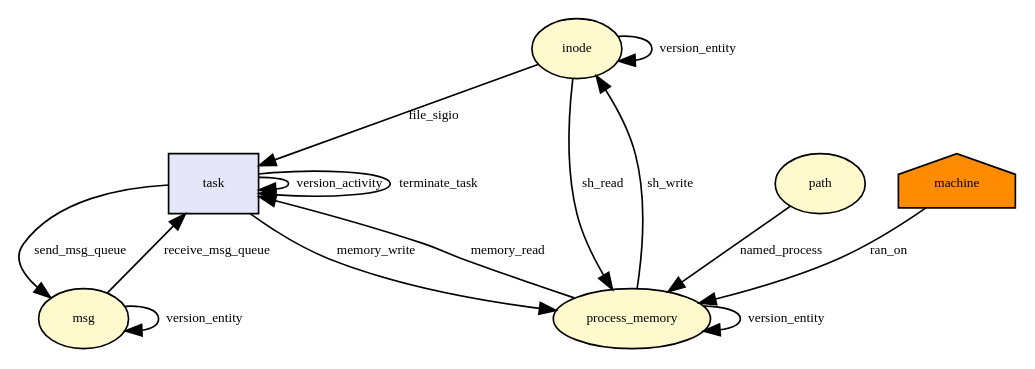
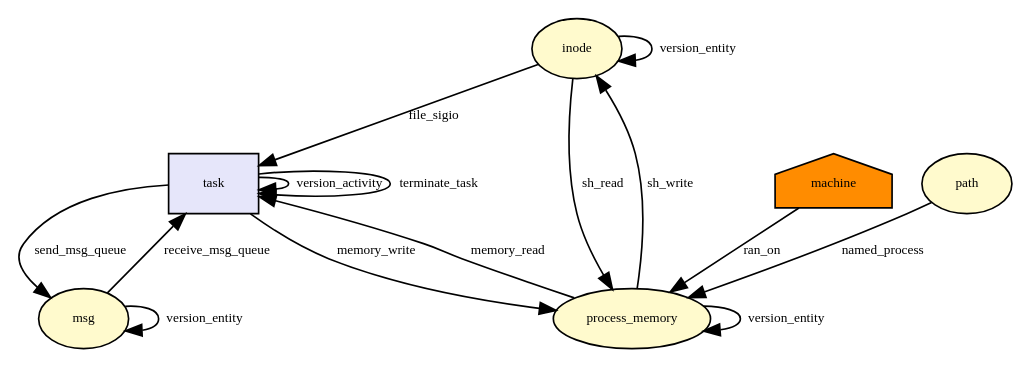
One commit to CamFlow/camflow-dev changed the diagram in docs/dot/__x64_sys_msgsnd.dot. Above: the diagram before and after it, drawn with Graphviz. The commit also changed other lines of this file and 38 other files, not shown here.

```diff
--- a/docs/dot/__x64_sys_msgsnd.dot
+++ b/docs/dot/__x64_sys_msgsnd.dot
@@ -1,41 +1,41 @@
 digraph RGL__DirectedAdjacencyGraph {inode[fontsize = 8,label = inode,shape = ellipse, fillcolor="#fffacd", style = filled]
 
 task[fontsize = 8,label = task,shape = rectangle, fillcolor="#e6e6fa", style = filled]
 
 inode -> task[fontsize = 8,label = file_sigio]
 
 process_memory[fontsize = 8,label = process_memory,shape = ellipse, fillcolor="#fffacd", style = filled]
 
 task -> process_memory[fontsize = 8,label = memory_write]
 
 task -> task[fontsize = 8,label = version_activity]
 
 process_memory -> process_memory[fontsize = 8,label = version_entity]
 
 process_memory -> inode[fontsize = 8,label = sh_write]
 
 inode -> inode[fontsize = 8,label = version_entity]
 
+machine[fontsize = 8,label = machine,shape = house, fillcolor="#ff8c00", style = filled]
+
+machine -> process_memory[fontsize = 8,label = ran_on]
+
 msg[fontsize = 8,label = msg,shape = ellipse, fillcolor="#fffacd", style = filled]
 
 msg -> task[fontsize = 8,label = receive_msg_queue]
 
 path[fontsize = 8,label = path,shape = ellipse, fillcolor="#fffacd", style = filled]
 
 path -> process_memory[fontsize = 8,label = named_process]
-
-machine[fontsize = 8,label = machine,shape = house, fillcolor="#ff8c00", style = filled]
-
-machine -> process_memory[fontsize = 8,label = ran_on]
 
 process_memory -> task[fontsize = 8,label = memory_read]
 
 task -> msg[fontsize = 8,label = send_msg_queue]
 
 msg -> msg[fontsize = 8,label = version_entity]
 
 inode -> process_memory[fontsize = 8,label = sh_read]
 
 task -> task[fontsize = 8,label = terminate_task]
 
 }
```
